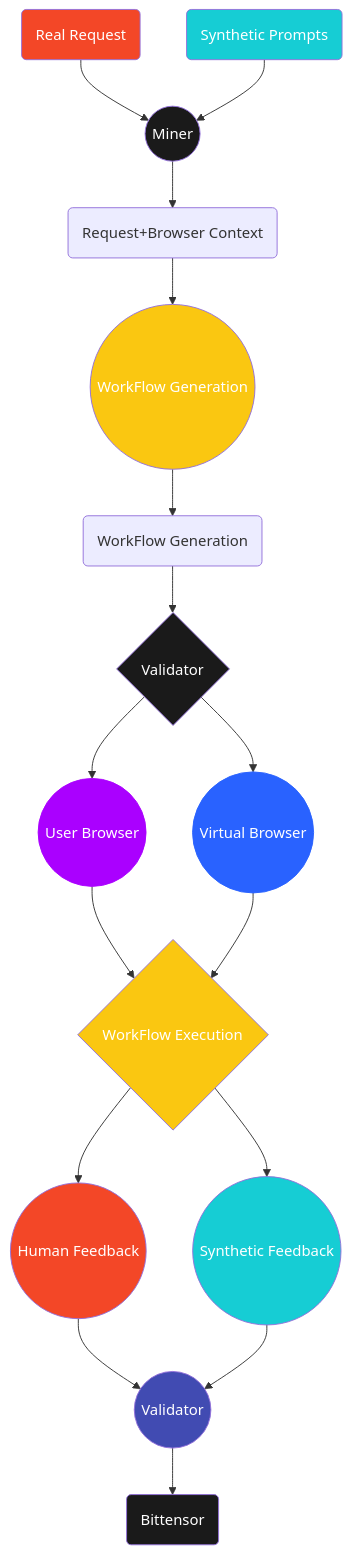
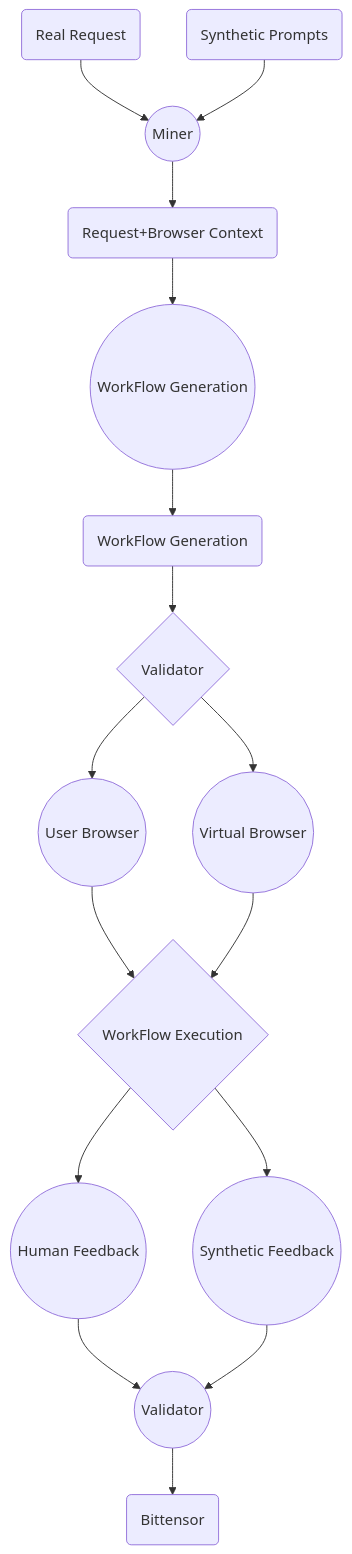
The diagram in browser-assistance-subnet/incentive-mechanism.mdx (KhadijaPhool/docs), drawn with Mermaid before and after one commit.

Commit message:
Documentation edits made through Mintlify web editor

````diff
--- a/browser-assistance-subnet/incentive-mechanism.mdx
+++ b/browser-assistance-subnet/incentive-mechanism.mdx
@@ -32,45 +32,24 @@
 ```mermaid
 flowchart TD
 %% Nodes
     A("Real Request")
     Z("Synthetic Prompts")
     B(("Miner"))
     C(("WorkFlow Generation"))
     D{"Validator"}
     E((User Browser))
     F{"WorkFlow Execution"}
     X(("Human Feedback"))
     Y(("Validator"))
     I(("Virtual Browser"))
     W(("Synthetic Feedback"))
     V("Bittensor")
     R("Request+Browser Context")
     S("WorkFlow Generation")
 
 %% Edge connections between nodes
     A --> B --> R --> C --> S --> D --> E --> F --> X --> Y
     Z --> B
     D  --> I --> F --> W --> Y --> V
 
-%% Individual node styling. Try the visual editor toolbar for easier styling!
-    style A color:#FFFFFF, fill:#F34727
-    style Z color:#FFFFFF, fill:#16CDD4
-    style B color:#FFFFFF, fill:#1A1A1A
-    style C color:#FFFFFF, fill:#FAC711
-    style D color:#FFFFFF, fill:#1A1A1A
-    style F color:#FFFFFF, fill:#FAC711
-    style E color:#FFFFFF, fill:#F34727
-    style X color:#FFFFFF, fill:#F34727
-    style I color:#FFFFFF, fill:#16CDD4
-    style W color:#FFFFFF, fill:#16CDD4
-    style Y color:#FFFFFF, fill:#414BB2
-    style V color:#FFFFFF, fill:#1A1A1A
-
-
-
-    style E color:#FFFFFF, fill:#AA00FF, stroke:#AA00FF
-    style I color:#FFFFFF, stroke:#2962FF, fill:#2962FF
-
-%% You can add notes with two "%" signs in a row!
-
 ```
````
